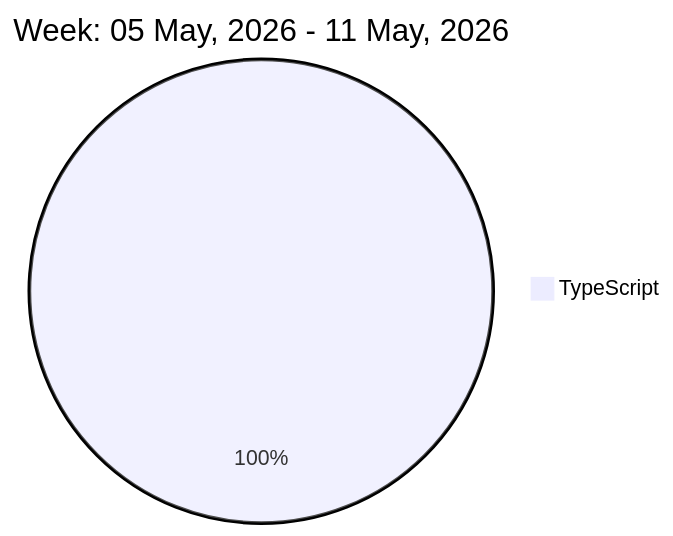
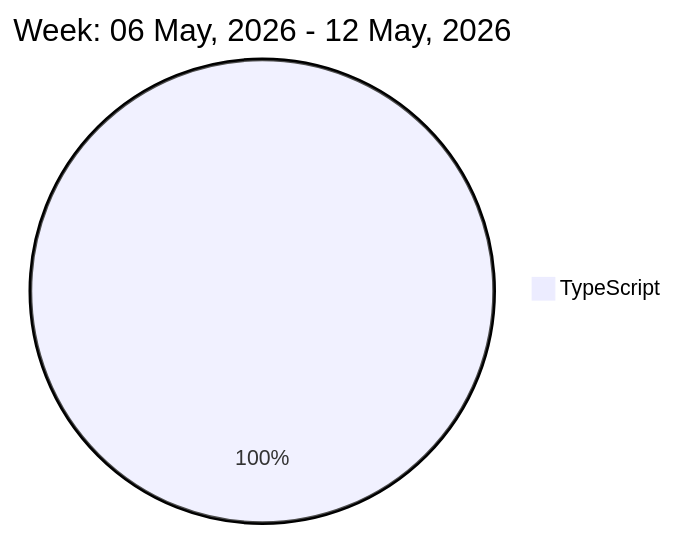
One commit to liubin95/liubin95 changed the diagram in README.md. Above: the diagram before and after it, drawn with Mermaid.

Commit message:
Updated the Graph with new Metrics

````diff
--- a/README.md
+++ b/README.md
@@ -32,5 +32,5 @@
 ```mermaid
  pie
-title Week: 05 May, 2026 - 11 May, 2026
- "TypeScript" : 9.78
+title Week: 06 May, 2026 - 12 May, 2026
+ "TypeScript" : 10.73
 ```
````
